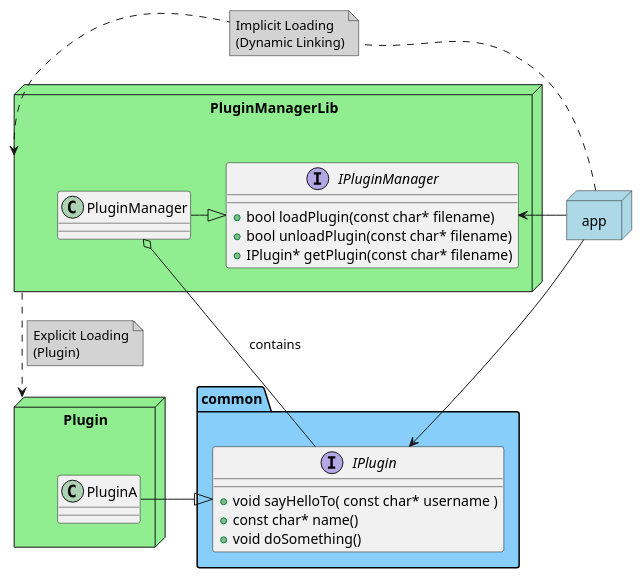
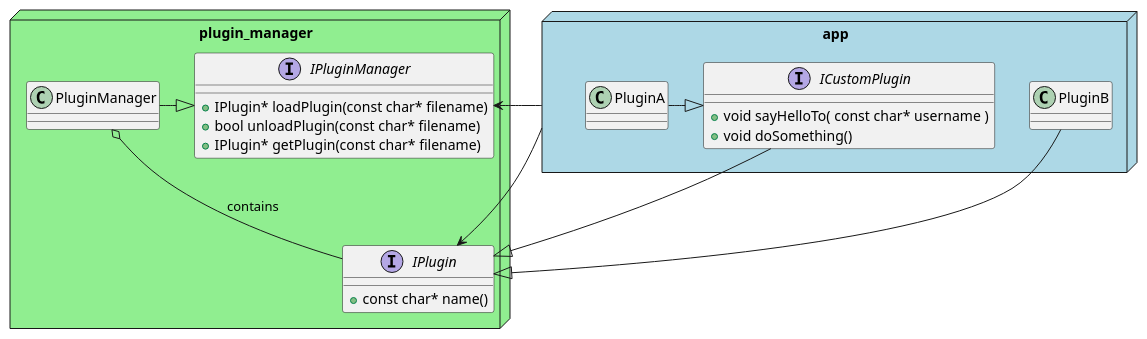
Before and after one commit to VgTajdd/plugin_manager: the diagram in docs/class_diagram.puml, drawn with PlantUML. The commit also changed 1 other file, not shown here.

Commit message:
Update class diagram (add ICustomPlugin)

```diff
--- a/docs/class_diagram.puml
+++ b/docs/class_diagram.puml
@@ -1,46 +1,41 @@
 @startuml Plugin Manager Class Diagram
 
-package common <<Folder>> #LightSkyBlue {
-    interface IPlugin{
-        + void sayHelloTo( const char* username )
-        + const char* name()
-        + void doSomething()
-    }
-}
-
-package PluginManagerLib <<Node>> #LightGreen {
+package plugin_manager <<Node>> #LightGreen {
     interface IPluginManager{
-        + bool loadPlugin(const char* filename)
+        + IPlugin* loadPlugin(const char* filename)
         + bool unloadPlugin(const char* filename)
         + IPlugin* getPlugin(const char* filename)
     }
     class PluginManager
 
+    interface IPlugin{
+        + const char* name()
+    }
+
     ' Inheritance.
     PluginManager -|> IPluginManager
 }
 
-package Plugin <<Node>> #LightGreen {
+package app <<Node>> #LightBlue {
     class PluginA
-}
-
-package app <<Node>> #LightBlue {
+    class PluginB{
+    }
+    interface ICustomPlugin{
+        + void sayHelloTo( const char* username )
+        + void doSomething()
+    }
 }
 
 ' Aggregation.
 PluginManager o-- IPlugin : contains
 
-' Inheritance.
-PluginA -|> IPlugin
-
 ' Dependency.
 app -> IPlugin
 app -> IPluginManager
 
-' Component dependency.
-PluginManagerLib ..> Plugin
-note on link #lightgray: Explicit Loading\n(Plugin)
-app .> PluginManagerLib
-note on link #lightgray: Implicit Loading\n(Dynamic Linking)
+' Inheritance.
+PluginA -|> ICustomPlugin
+ICustomPlugin -|> IPlugin
+PluginB -|> IPlugin
 
 @enduml
```
